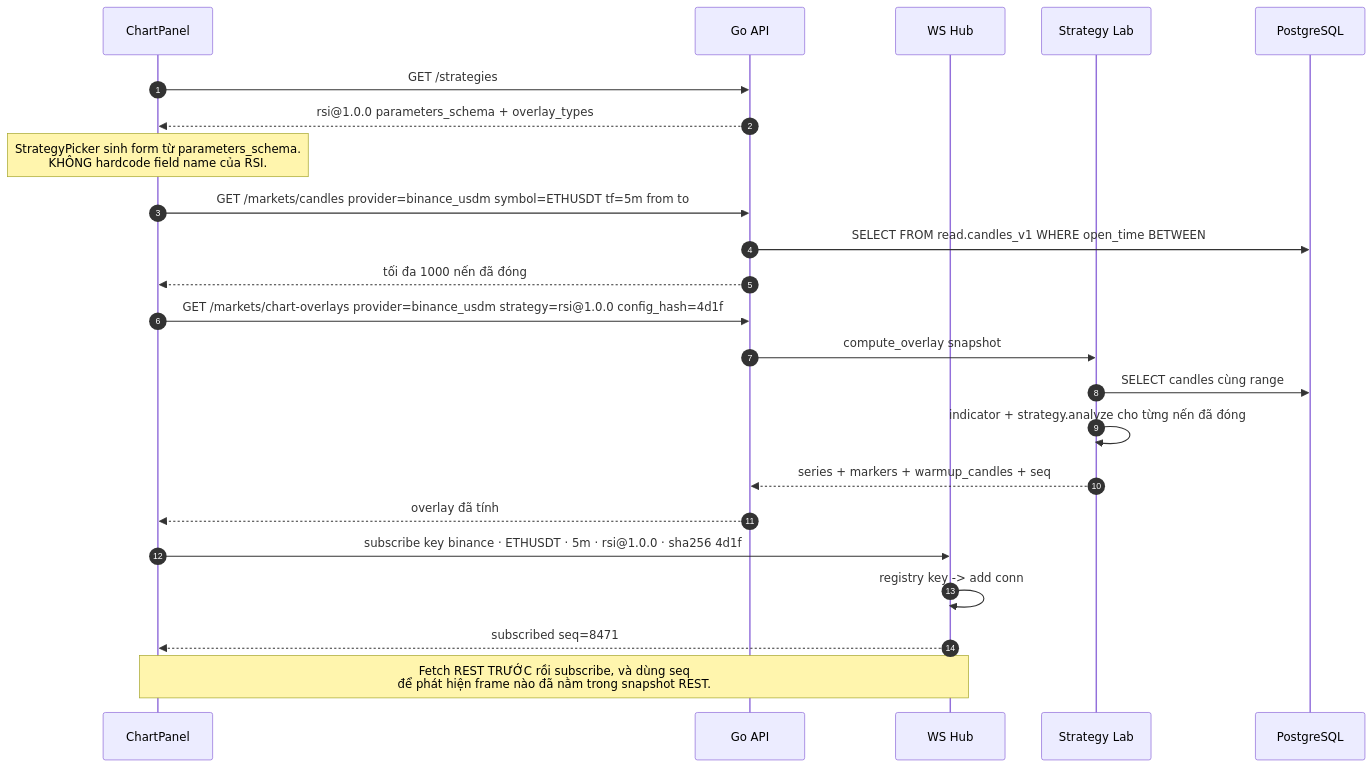
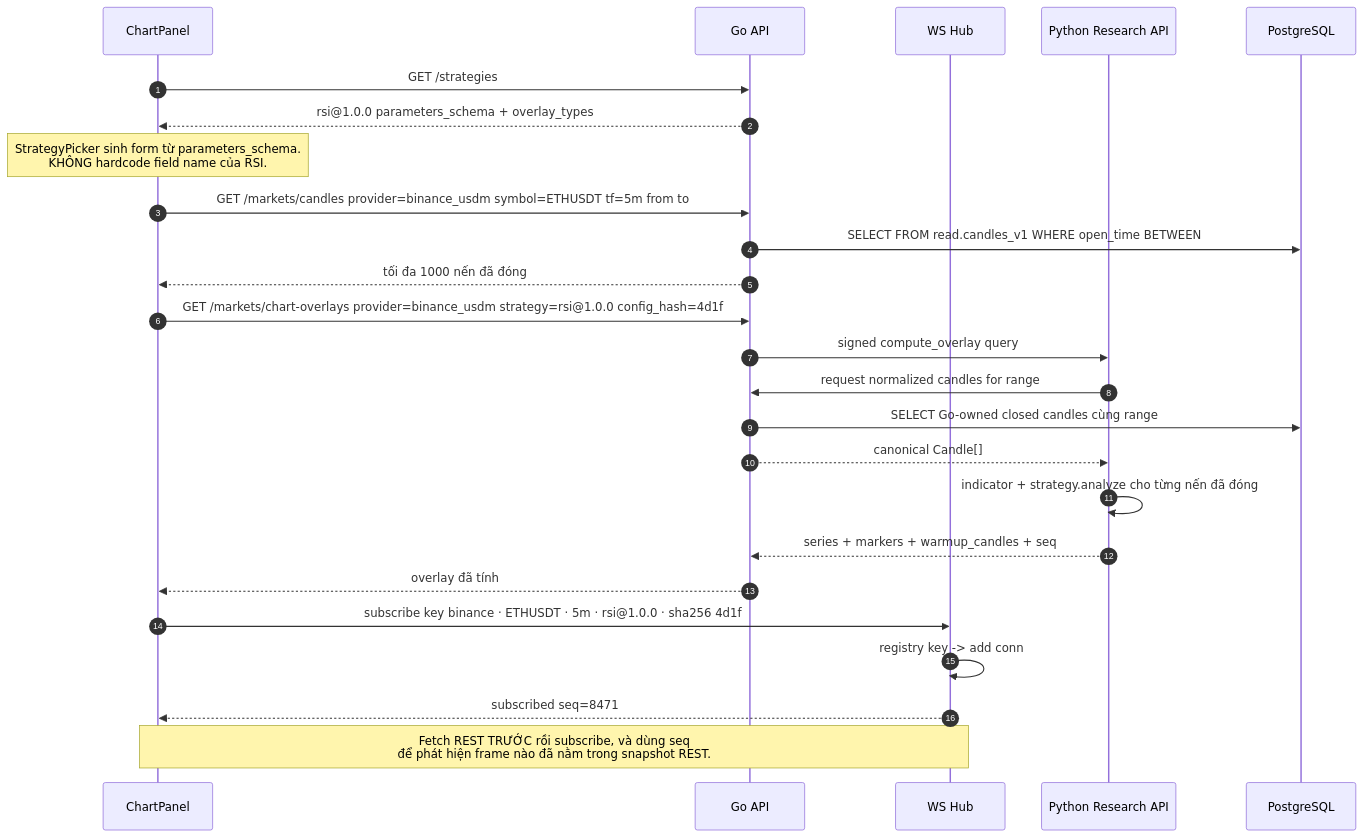
The first of 2 diagrams in blueprint/specs/chart-overlay.md (EnsoTech-Studio/CryptoBot), drawn with Mermaid before and after one commit. The commit also changed other lines of this file and 129 other files, not shown here.

Commit message:
docs(blueprint): define agent architecture

````diff
--- a/blueprint/specs/chart-overlay.md
+++ b/blueprint/specs/chart-overlay.md
@@ -199,29 +199,31 @@
 ```mermaid
 sequenceDiagram
     autonumber
     participant P as ChartPanel
     participant API as Go API
     participant WS as WS Hub
-    participant LAB as Strategy Lab
+    participant LAB as Python Research API
     participant DB as PostgreSQL
 
     P->>API: GET /strategies
     API-->>P: rsi@1.0.0 parameters_schema + overlay_types
     Note over P: StrategyPicker sinh form từ parameters_schema.<br/>KHÔNG hardcode field name của RSI.
 
     P->>API: GET /markets/candles provider=binance_usdm symbol=ETHUSDT tf=5m from to
     API->>DB: SELECT FROM read.candles_v1 WHERE open_time BETWEEN
     API-->>P: tối đa 1000 nến đã đóng
 
     P->>API: GET /markets/chart-overlays provider=binance_usdm strategy=rsi@1.0.0 config_hash=4d1f
-    API->>LAB: compute_overlay snapshot
-    LAB->>DB: SELECT candles cùng range
+    API->>LAB: signed compute_overlay query
+    LAB->>API: request normalized candles for range
+    API->>DB: SELECT Go-owned closed candles cùng range
+    API-->>LAB: canonical Candle[]
     LAB->>LAB: indicator + strategy.analyze cho từng nến đã đóng
     LAB-->>API: series + markers + warmup_candles + seq
     API-->>P: overlay đã tính
 
     P->>WS: subscribe key binance · ETHUSDT · 5m · rsi@1.0.0 · sha256 4d1f
     WS->>WS: registry key -> add conn
     WS-->>P: subscribed seq=8471
     Note over P,WS: Fetch REST TRƯỚC rồi subscribe, và dùng seq<br/>để phát hiện frame nào đã nằm trong snapshot REST.
 ```
````
